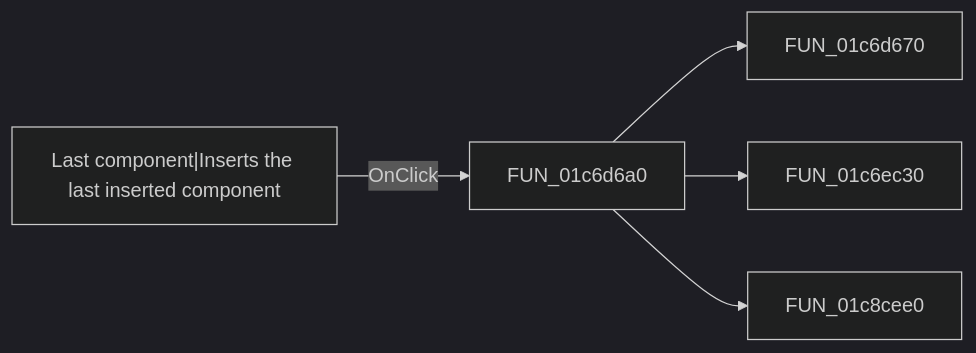
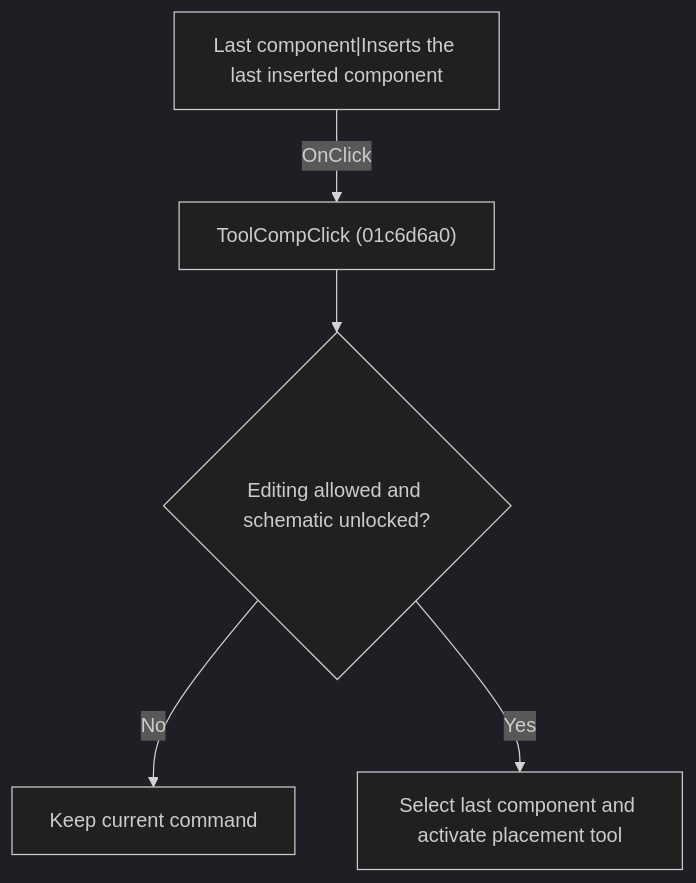
The diagram in docs/ui-controls/schematiceditor/toolcomp-fb19165f02.md (MovGP0/TIARA), drawn with Mermaid (dark theme) before and after one commit. The commit also changed other lines of this file and 1062 other files, not shown here.

````diff
--- a/docs/ui-controls/schematiceditor/toolcomp-fb19165f02.md
+++ b/docs/ui-controls/schematiceditor/toolcomp-fb19165f02.md
@@ -27,7 +27,7 @@
 ```mermaid
-flowchart LR
-    control["Last component|Inserts the last inserted component"] -->|OnClick| handler["FUN_01c6d6a0"]
-    handler --> call1["FUN_01c6d670"]
-    handler --> call2["FUN_01c6ec30"]
-    handler --> call3["FUN_01c8cee0"]
+flowchart TD
+    control["Last component|Inserts the last inserted component"] -->|"OnClick"| handler["ToolCompClick (01c6d6a0)"]
+    handler --> guard{"Editing allowed and schematic unlocked?"}
+    guard -->|"No"| noChange["Keep current command"]
+    guard -->|"Yes"| action["Select last component and activate placement tool"]
 ```
````
